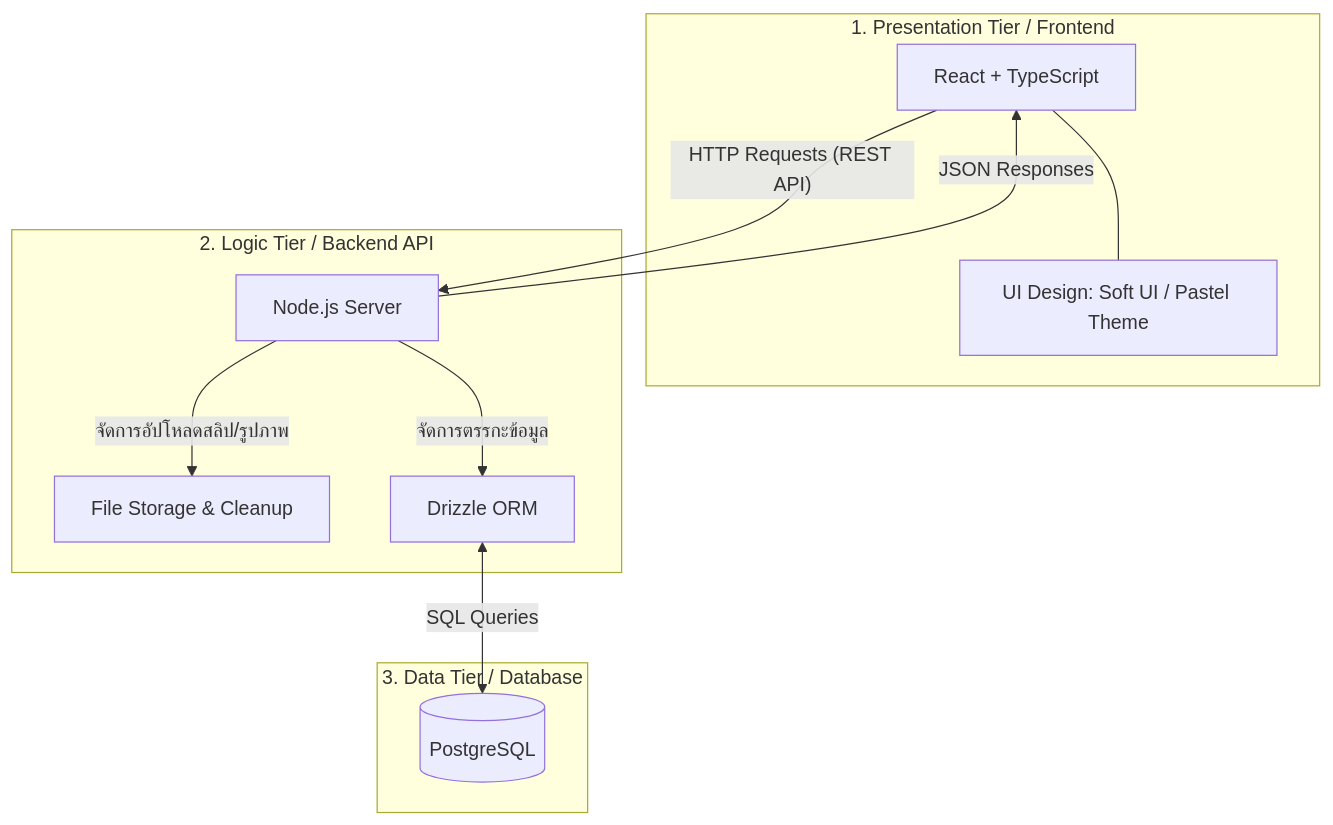
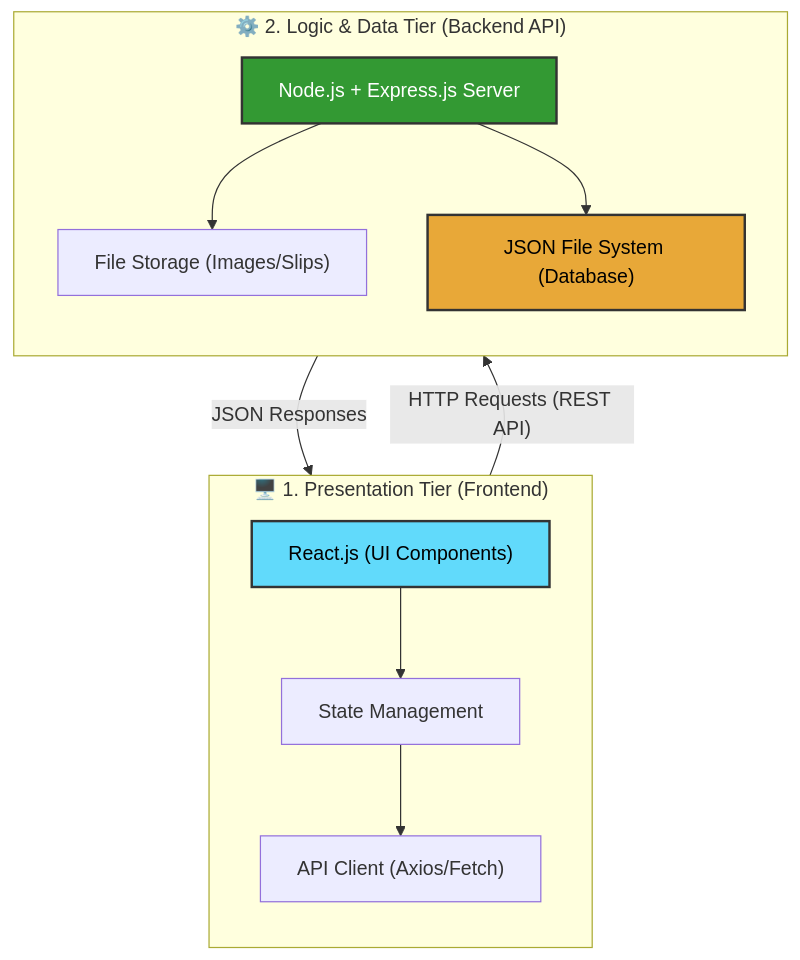
One commit to lkicbslibc1/sport-ecommerce changed the diagram in README.md. Above: the diagram before and after it, drawn with Mermaid. The commit also changed other lines of this file and 4 other files, not shown here.

````diff
--- a/README.md
+++ b/README.md
@@ -177,26 +178,28 @@
 ```mermaid
-graph TD
-    subgraph Tier1 ["1. Presentation Tier / Frontend"]
-        React["React + TypeScript"]
-        UI["UI Design: Soft UI / Pastel Theme"]
-        React --- UI
+flowchart TB
+    subgraph Client ["🖥️ 1. Presentation Tier (Frontend)"]
+        direction TB
+        React["React.js (UI Components)"]
+        State["State Management"]
+        Axios["API Client (Axios/Fetch)"]
+        React --> State
+        State --> Axios
+        style React fill:#61dafb,stroke:#333,stroke-width:2px,color:#000
     end
 
-    subgraph Tier2 ["2. Logic Tier / Backend API"]
-        Node["Node.js Server"]
-        Storage["File Storage & Cleanup"]
-        Drizzle["Drizzle ORM"]
+    subgraph Server ["⚙️ 2. Logic & Data Tier (Backend API)"]
+        direction TB
+        Express["Node.js + Express.js Server"]
+        Upload["File Storage (Images/Slips)"]
+        JSONDB["JSON File System (Database)"]
         
-        Node -- "จัดการอัปโหลดสลิป/รูปภาพ" --> Storage
-        Node -- "จัดการตรรกะข้อมูล" --> Drizzle
+        Express --> Upload
+        Express --> JSONDB
+        style Express fill:#339933,stroke:#333,stroke-width:2px,color:#fff
+        style JSONDB fill:#e8a838,stroke:#333,stroke-width:2px,color:#000
     end
 
-    subgraph Tier3 ["3. Data Tier / Database"]
-        DB[("PostgreSQL")]
-    end
-
-    %% Data Flow
-    React -- "HTTP Requests (REST API)" --> Node
-    Node -- "JSON Responses" --> React
-    Drizzle -- "SQL Queries" <--> DB
+    %% Flow connections
+    Client -- "HTTP Requests (REST API)" --> Server
+    Server -- "JSON Responses" --> Client
 ```
````
